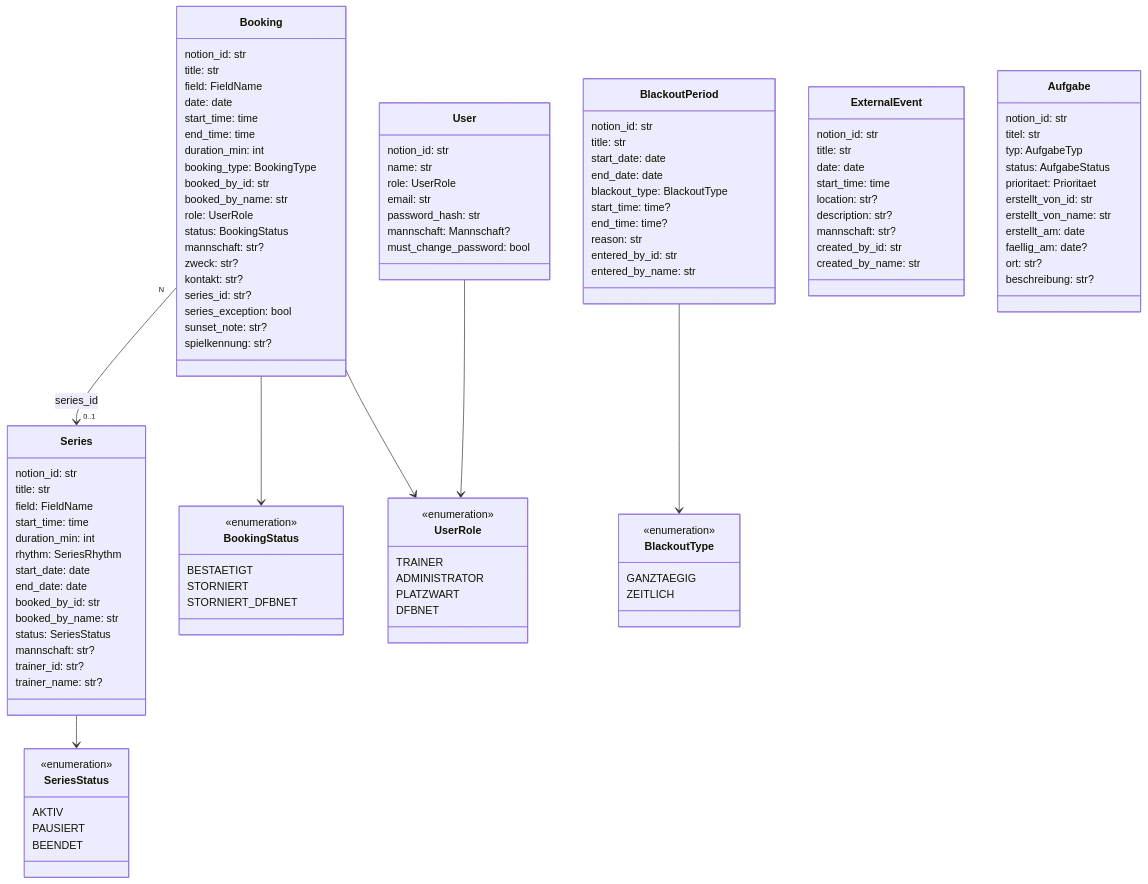
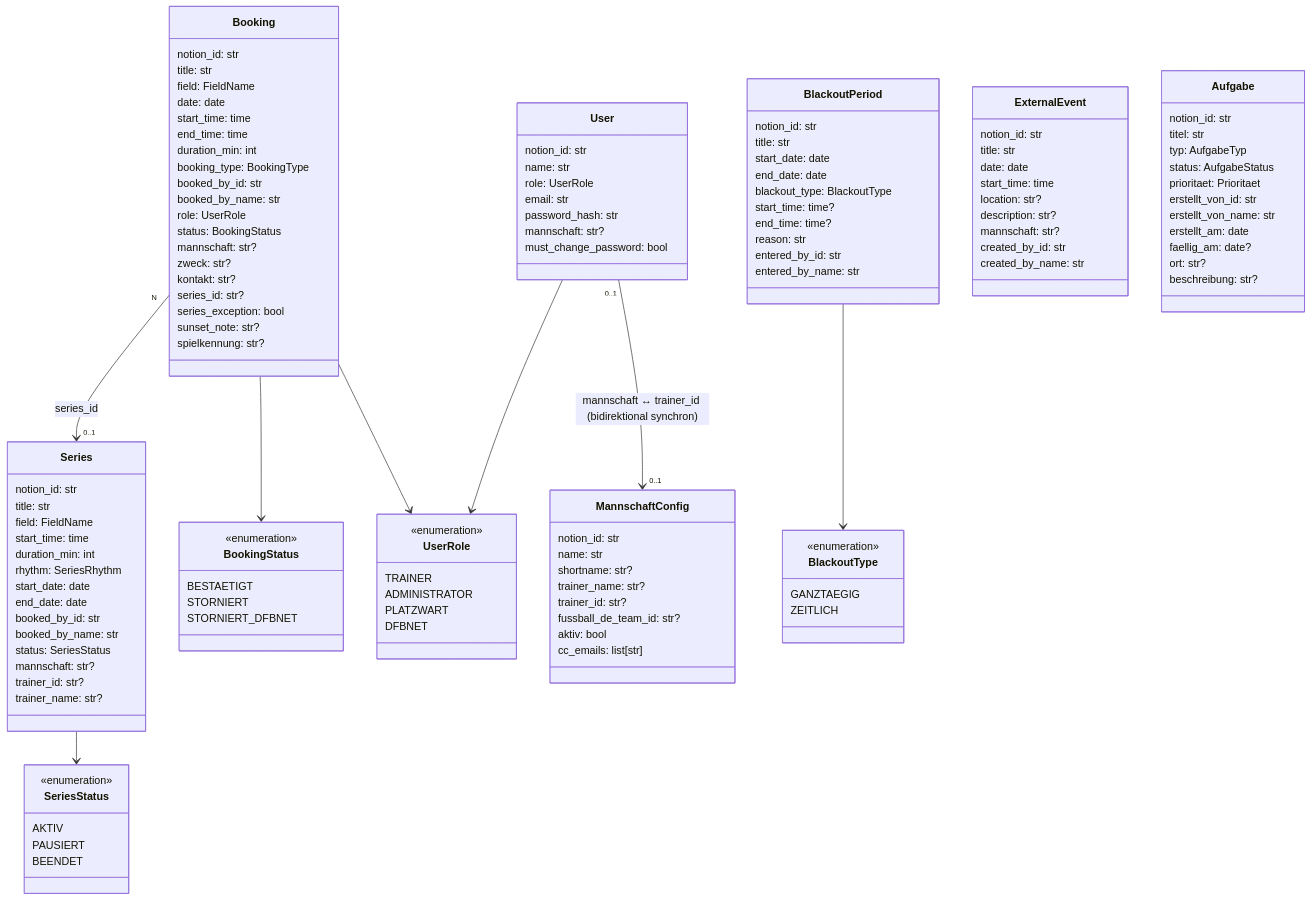
The second of 12 diagrams in docs/ARCHITEKTUR.md (MerowingerX/Sportplatz-Buchung), drawn with Mermaid before and after one commit. The commit also changed other lines of this file and 46 other files, not shown here.

````diff
--- a/docs/ARCHITEKTUR.md
+++ b/docs/ARCHITEKTUR.md
@@ -125,8 +135,19 @@
         role: UserRole
         email: str
         password_hash: str
-        mannschaft: Mannschaft?
+        mannschaft: str?
         must_change_password: bool
+    }
+
+    class MannschaftConfig {
+        notion_id: str
+        name: str
+        shortname: str?
+        trainer_name: str?
+        trainer_id: str?
+        fussball_de_team_id: str?
+        aktiv: bool
+        cc_emails: list[str]
     }
 
     class ExternalEvent {
@@ -189,4 +210,5 @@
     User --> UserRole
     BlackoutPeriod --> BlackoutType
     Series --> SeriesStatus
+    User "0..1" --> "0..1" MannschaftConfig : mannschaft ↔ trainer_id (bidirektional synchron)
 ```
````
